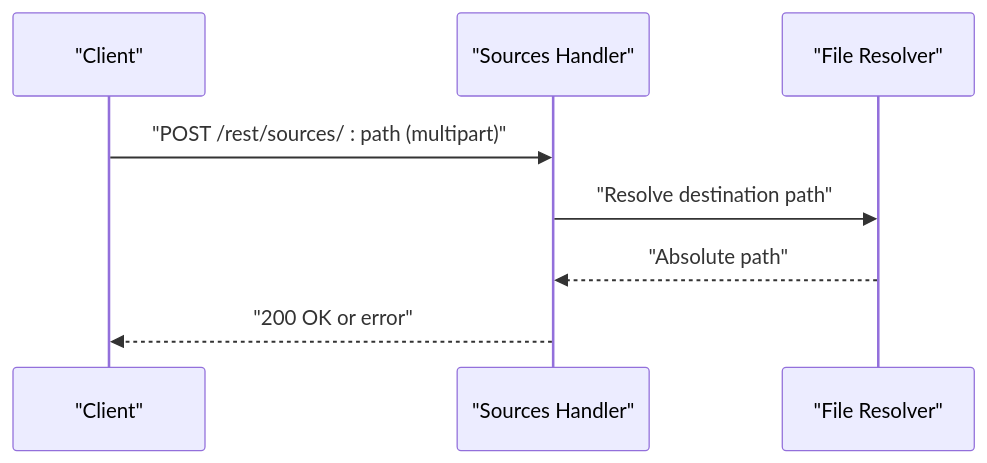
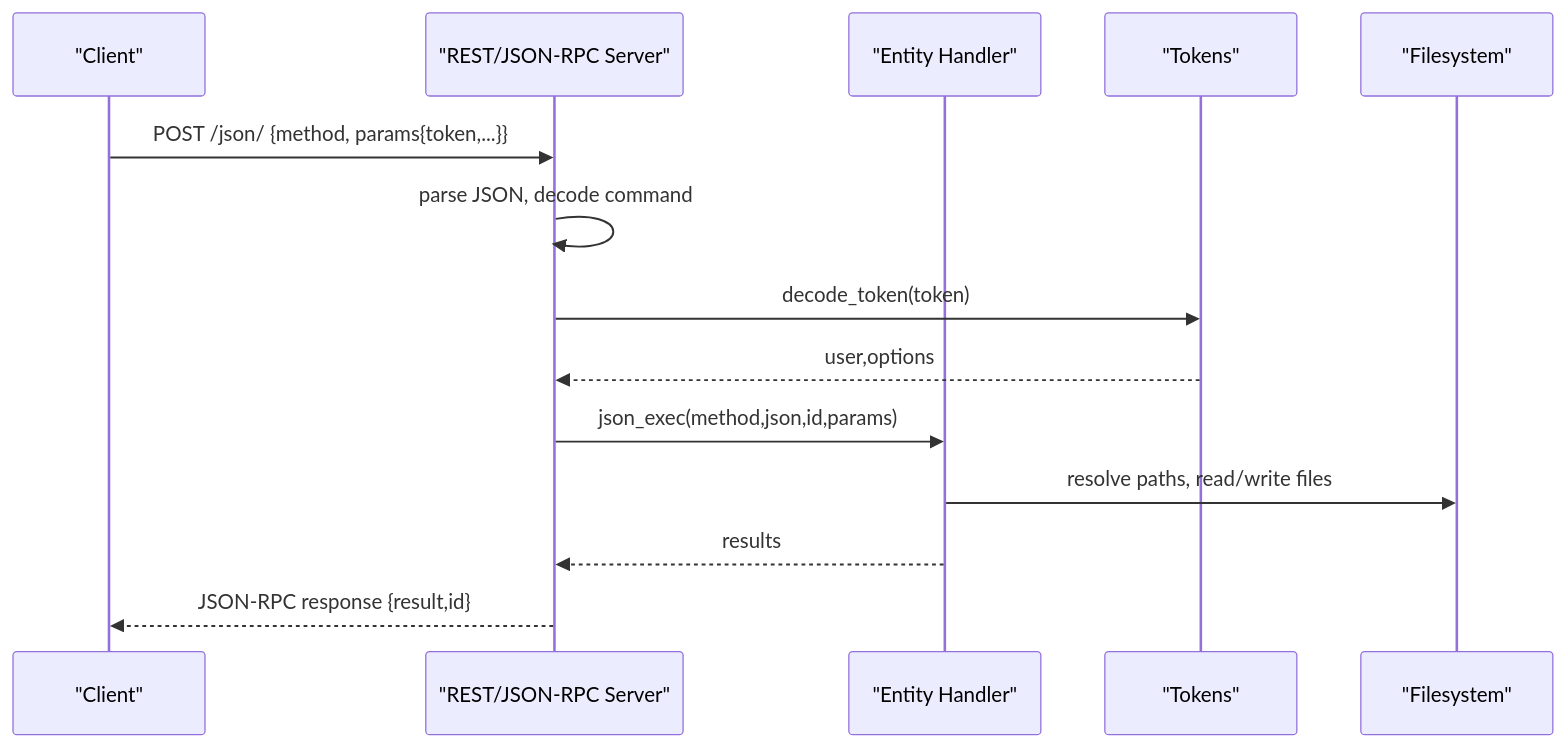
Before and after one commit to time-link/timelink-kleio: the second of 3 diagrams in .qoder/repowiki/en/content/API Reference/API Reference.md, drawn with Mermaid. The commit also changed other lines of this file and 225 other files, not shown here.

````diff
--- a/.qoder/repowiki/en/content/API Reference/API Reference.md
+++ b/.qoder/repowiki/en/content/API Reference/API Reference.md
@@ -304,10 +86,16 @@
 ```mermaid
 sequenceDiagram
 participant C as "Client"
-participant S as "Sources Handler"
-participant FS as "File Resolver"
-C->>S : "POST /rest/sources/ : path (multipart)"
-S->>FS : "Resolve destination path"
-FS-->>S : "Absolute path"
-S-->>C : "200 OK or error"
+participant S as "REST/JSON-RPC Server"
+participant E as "Entity Handler"
+participant T as "Tokens"
+participant FS as "Filesystem"
+C->>S : POST /json/ {method, params{token,...}}
+S->>S : parse JSON, decode command
+S->>T : decode_token(token)
+T-->>S : user,options
+S->>E : json_exec(method,json,id,params)
+E->>FS : resolve paths, read/write files
+E-->>S : results
+S-->>C : JSON-RPC response {result,id}
 ```
````
